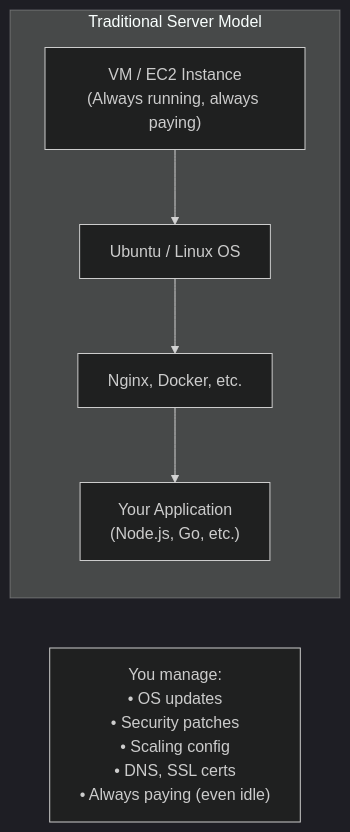
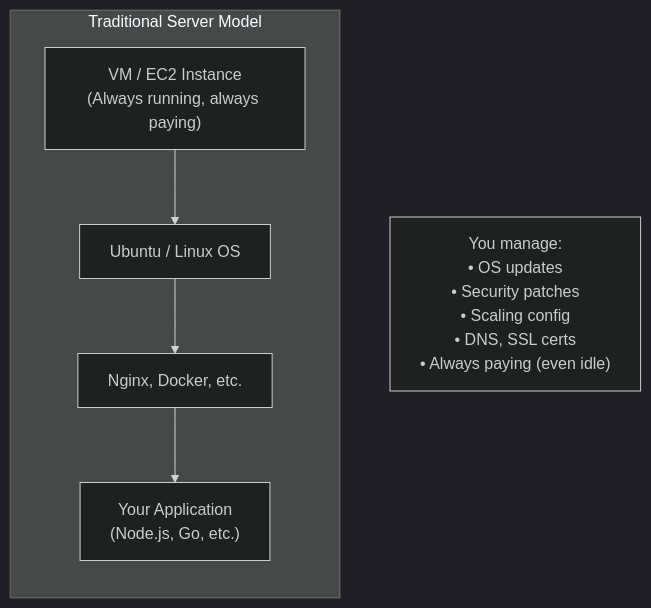
Before and after one commit to ahmed-226/Backend-from-first-principles: diagram 22 of 27 in 16.Backend Scaling and Performance Engineering/part2/README.md, drawn with Mermaid (dark theme). The commit also changed other lines of this file, not shown here.

````diff
--- a/16.Backend Scaling and Performance Engineering/part2/README.md
+++ b/16.Backend Scaling and Performance Engineering/part2/README.md
@@ -660,13 +708,13 @@
 ```mermaid
-flowchart LR
+flowchart TD
     subgraph Traditional Server Model
         direction TB
-        VM["VM / EC2 Instance\n(Always running, always paying)"]
+        VM["VM / EC2 Instance<br>(Always running, always paying)"]
         OS["Ubuntu / Linux OS"]
-        App["Your Application\n(Node.js, Go, etc.)"]
+        App["Your Application<br>(Node.js, Go, etc.)"]
         Config["Nginx, Docker, etc."]
         VM --> OS --> Config --> App
     end
 
-    Note["You manage:\n• OS updates\n• Security patches\n• Scaling config\n• DNS, SSL certs\n• Always paying (even idle)"]
+    Note["You manage:<br>• OS updates<br>• Security patches<br>• Scaling config<br>• DNS, SSL certs<br>• Always paying (even idle)"]
 ```
````
